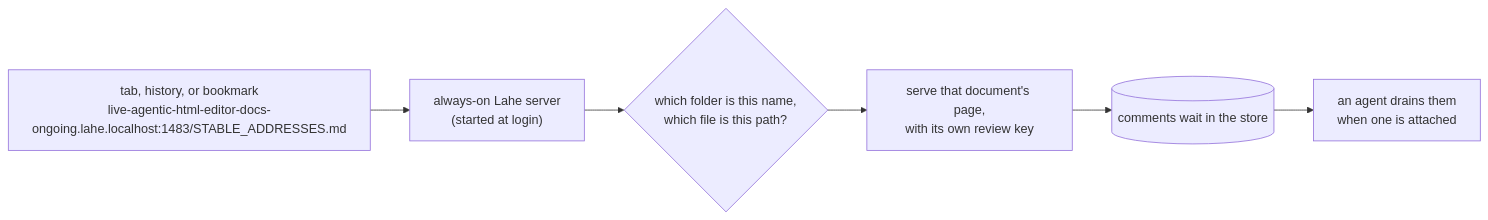
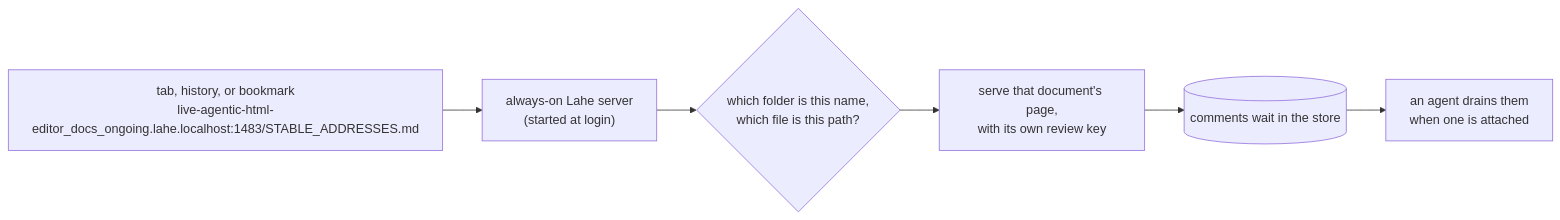
Before and after one commit to kenxle/live-agentic-html-editor: the second of 2 diagrams in docs/features/20261011.02_stable_addresses/01_brief_stable_addresses.md, drawn with Mermaid. The commit also changed other lines of this file and 7 other files, not shown here.

Commit message:
Stable addresses: underscores stand in for slashes in a name

````diff
--- a/docs/features/20261011.02_stable_addresses/01_brief_stable_addresses.md
+++ b/docs/features/20261011.02_stable_addresses/01_brief_stable_addresses.md
@@ -56,8 +56,8 @@
 ```mermaid
 flowchart LR
-    Tab["tab, history, or bookmark<br/>live-agentic-html-editor-docs-ongoing.lahe.localhost:1483/STABLE_ADDRESSES.md"] --> Server["always-on Lahe server<br/>(started at login)"]
+    Tab["tab, history, or bookmark<br/>live-agentic-html-editor_docs_ongoing.lahe.localhost:1483/STABLE_ADDRESSES.md"] --> Server["always-on Lahe server<br/>(started at login)"]
     Server --> Which{"which folder is this name,<br/>which file is this path?"}
     Which --> Doc["serve that document's page,<br/>with its own review key"]
     Doc --> Store[("comments wait in the store")]
     Store --> Agent["an agent drains them<br/>when one is attached"]
 ```
````
